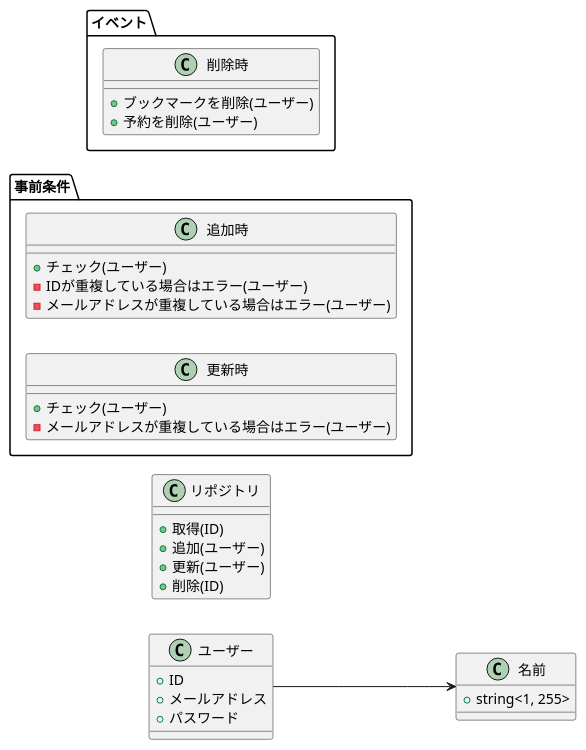
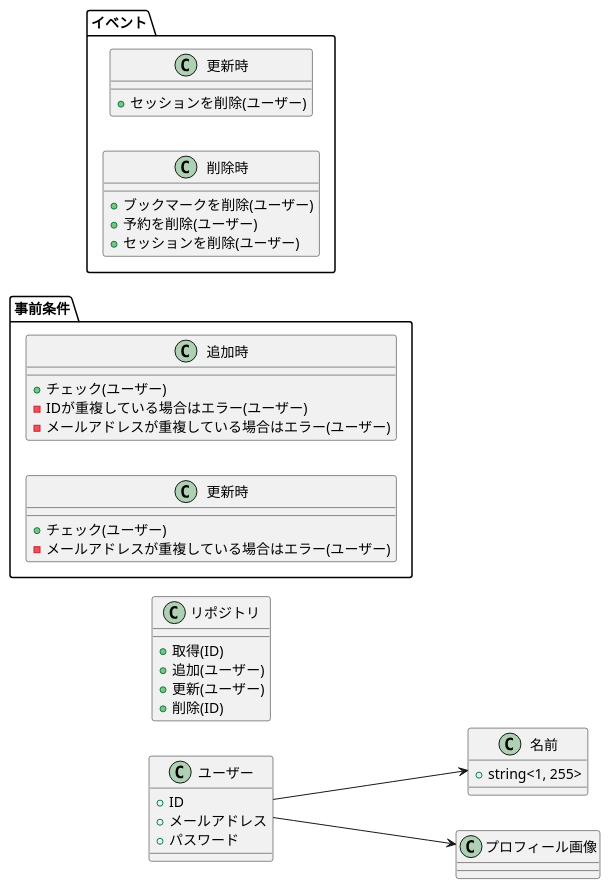
The fourth of 7 diagrams in doc/domain_model.md (paterapatera/ryokan-reservation), drawn with PlantUML before and after one commit. The commit also changed other lines of this file and 25 other files, not shown here.

````diff
--- a/doc/domain_model.md
+++ b/doc/domain_model.md
@@ -76,39 +86,44 @@
 ```plantuml
 left to right direction
 class "ユーザー" as User {
   + ID
   + メールアドレス
   + パスワード
 }
 
 class "名前" as Name {
   + string<1, 255>
 }
 User --> Name
+User --> プロフィール画像
 
 class "リポジトリ" {
   + 取得(ID)
   + 追加(ユーザー)
   + 更新(ユーザー)
   + 削除(ID)
 }
 
 namespace 事前条件 {
   class 追加時 {
     + チェック(ユーザー)
     - IDが重複している場合はエラー(ユーザー)
     - メールアドレスが重複している場合はエラー(ユーザー)
   }
   class 更新時 {
     + チェック(ユーザー)
     - メールアドレスが重複している場合はエラー(ユーザー)
   }
 }
 
 namespace イベント {
+  class 更新時 {
+    + セッションを削除(ユーザー)
+  }
   class 削除時 {
     + ブックマークを削除(ユーザー)
     + 予約を削除(ユーザー)
+    + セッションを削除(ユーザー)
   }
 }
 ```
````
